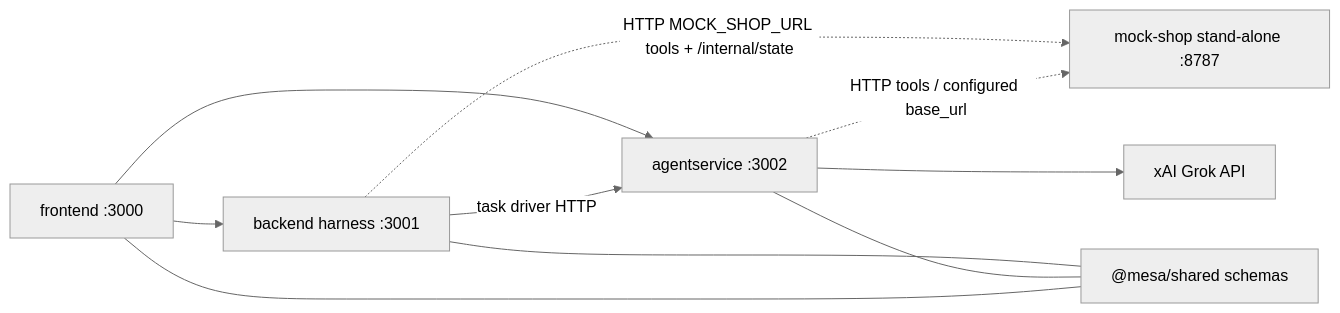
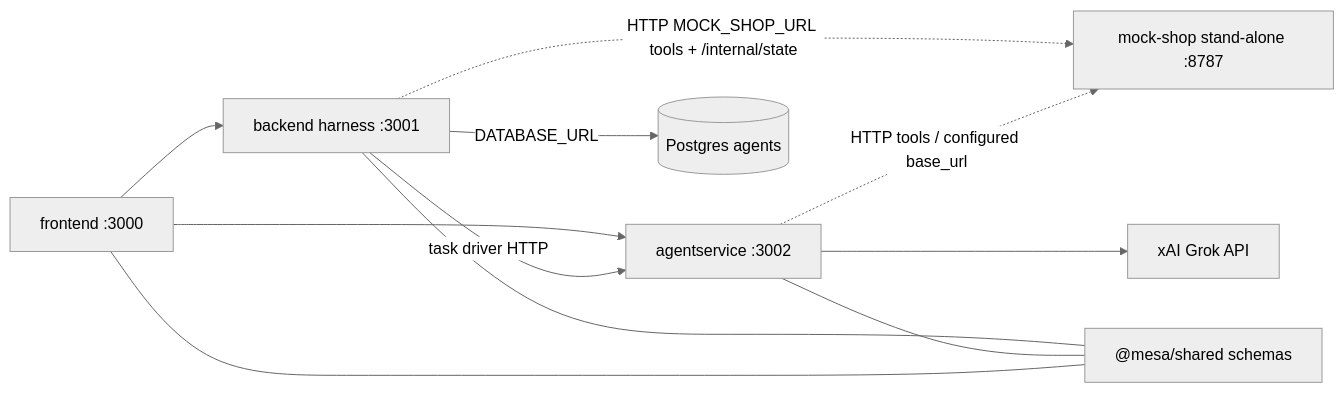
The diagram in docs/architecture.md (mesagroup/MESA-AgentFailureLab), drawn with Mermaid (neutral theme) before and after one commit. The commit also changed other lines of this file and 22 other files, not shown here.

````diff
--- a/docs/architecture.md
+++ b/docs/architecture.md
@@ -5,19 +5,21 @@
 ```mermaid
 flowchart LR
   UI[frontend :3000]
   BE[backend harness :3001]
   AS[agentservice :3002]
   SHOP[mock-shop stand-alone :8787]
   XAI[xAI Grok API]
+  PG[(Postgres agents)]
   SHARED["@mesa/shared schemas"]
 
   UI --> BE
   UI --> AS
   BE -->|task driver HTTP| AS
   BE -.->|HTTP MOCK_SHOP_URL tools + /internal/state| SHOP
   AS -.->|HTTP tools / configured base_url| SHOP
   AS --> XAI
+  BE -->|DATABASE_URL| PG
   BE --- SHARED
   AS --- SHARED
   UI --- SHARED
 ```
````
